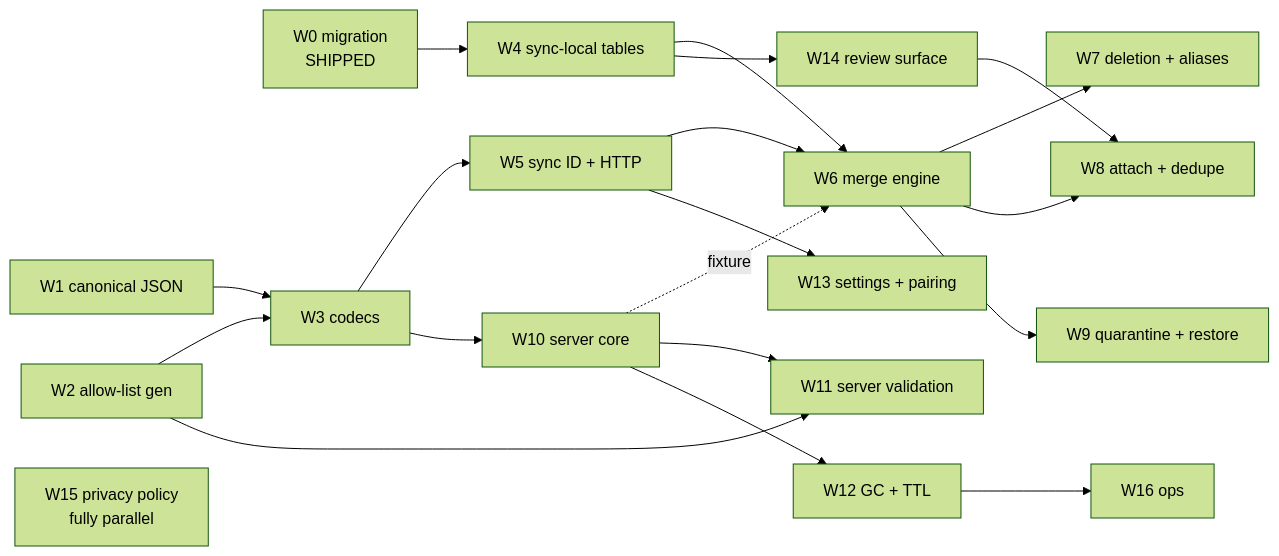
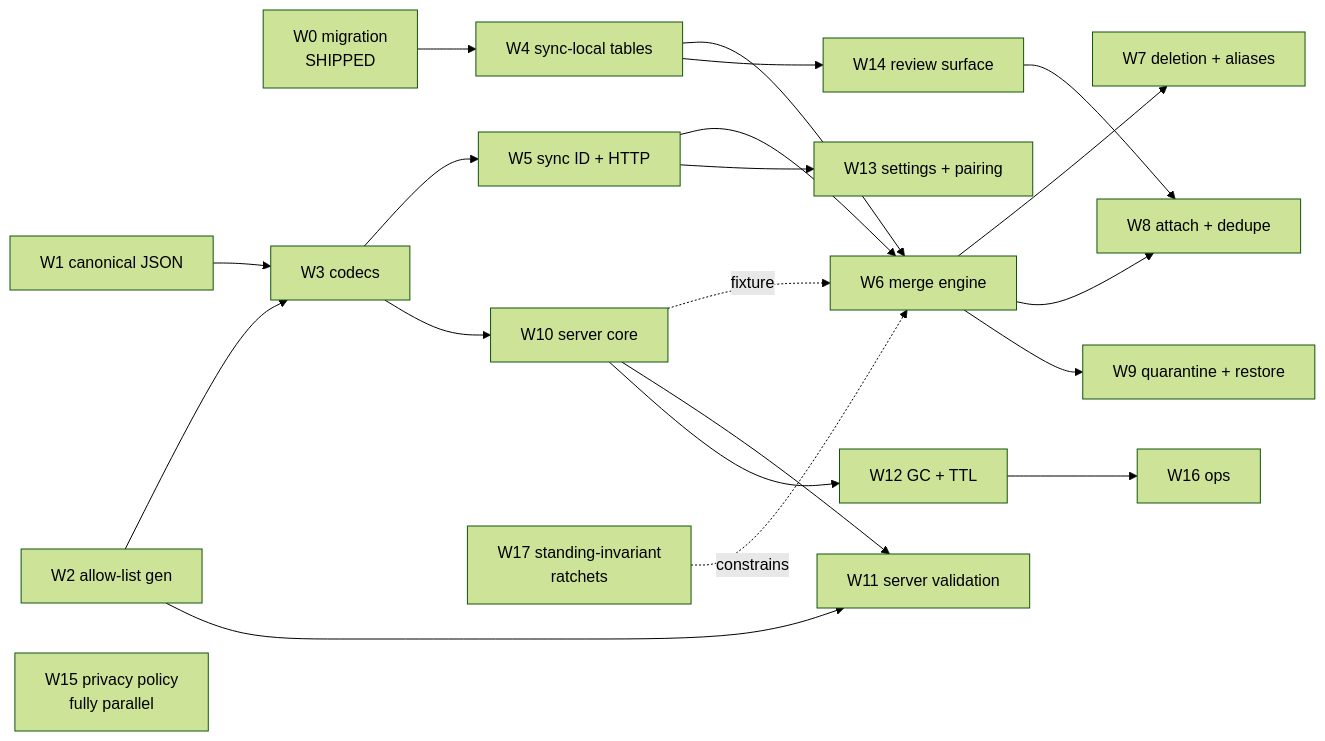
The diagram in docs/design/sync-implementation.md (ibanner56/CallersCompendium), drawn with Mermaid (forest theme) before and after one commit. The commit also changed other lines of this file and 2 other files, not shown here.

````diff
--- a/docs/design/sync-implementation.md
+++ b/docs/design/sync-implementation.md
@@ -361,22 +451,23 @@
 ```mermaid
 graph LR
   W0[W0 migration<br/>SHIPPED] --> W4[W4 sync-local tables]
   W1[W1 canonical JSON] --> W3[W3 codecs]
   W2[W2 allow-list gen] --> W3
   W2 --> W11[W11 server validation]
   W3 --> W5[W5 sync ID + HTTP]
   W3 --> W10[W10 server core]
   W4 --> W6[W6 merge engine]
   W5 --> W6
   W10 -.fixture.-> W6
   W10 --> W11
   W10 --> W12[W12 GC + TTL]
   W6 --> W7[W7 deletion + aliases]
   W6 --> W8[W8 attach + dedupe]
   W6 --> W9[W9 quarantine + restore]
   W4 --> W14[W14 review surface]
   W14 --> W8
   W5 --> W13[W13 settings + pairing]
   W12 --> W16[W16 ops]
   W15[W15 privacy policy<br/>fully parallel]
+  W17[W17 standing-invariant<br/>ratchets] -.constrains.-> W6
 ```
````
